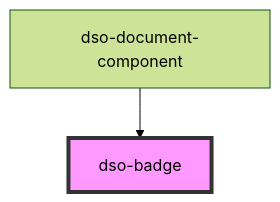
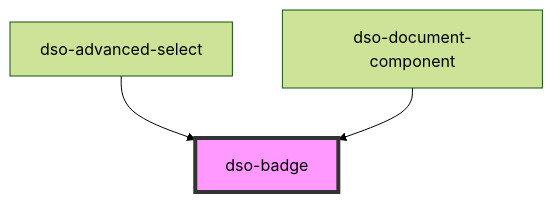
The diagram in packages/core/src/components/badge/readme.md (dso-toolkit/dso-toolkit), drawn with Mermaid (forest theme) before and after one commit. The commit also changed other lines of this file and 18 other files, not shown here.

Commit message:
#2525 [Added] Advanced Select: Nieuw component

````diff
--- a/packages/core/src/components/badge/readme.md
+++ b/packages/core/src/components/badge/readme.md
@@ -20,5 +21,6 @@
 ```mermaid
 graph TD;
+  dso-advanced-select --> dso-badge
   dso-document-component --> dso-badge
   style dso-badge fill:#f9f,stroke:#333,stroke-width:4px
 ```
````
